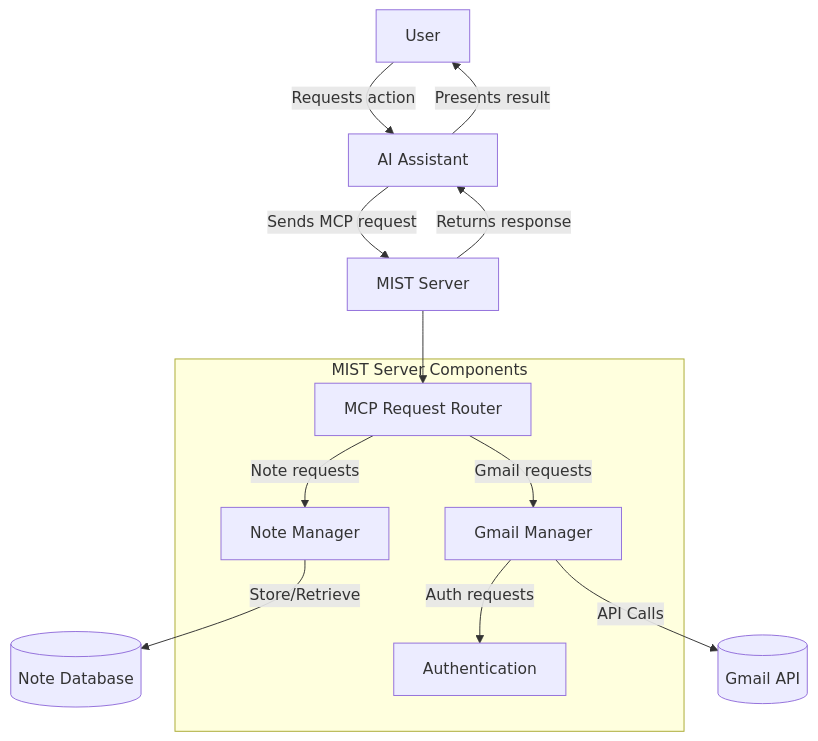
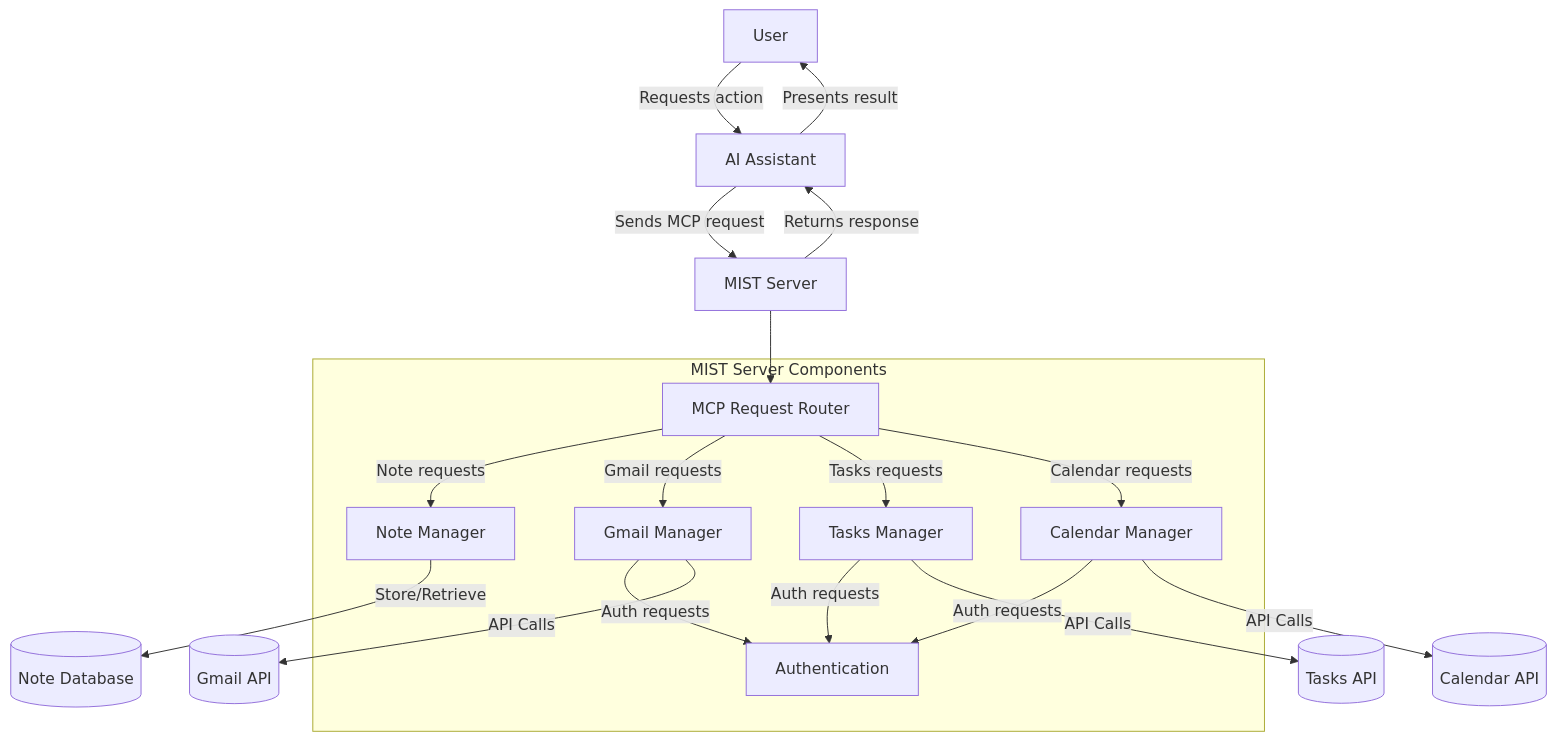
One commit to CLoaKY233/MIST changed the first of 5 diagrams in README.md. Above: the diagram before and after it, drawn with Mermaid. The commit also changed other lines of this file and 13 other files, not shown here.

````diff
--- a/README.md
+++ b/README.md
@@ -40,23 +57,31 @@
 ```mermaid
 flowchart TB
     User[User] -->|Requests action| AI[AI Assistant]
     AI -->|Sends MCP request| MIST[MIST Server]
 
     subgraph "MIST Server Components"
         Router[MCP Request Router]
         NoteMgr[Note Manager]
         GmailMgr[Gmail Manager]
+        TasksMgr[Tasks Manager]
+        CalendarMgr[Calendar Manager]
         Auth[Authentication]
     end
 
     MIST --> Router
     Router -->|Note requests| NoteMgr
     Router -->|Gmail requests| GmailMgr
+    Router -->|Tasks requests| TasksMgr
+    Router -->|Calendar requests| CalendarMgr
     GmailMgr -->|Auth requests| Auth
+    TasksMgr -->|Auth requests| Auth
+    CalendarMgr -->|Auth requests| Auth
 
     NoteMgr -->|Store/Retrieve| NoteDB[(Note Database)]
     GmailMgr -->|API Calls| Gmail[(Gmail API)]
+    TasksMgr -->|API Calls| Tasks[(Tasks API)]
+    CalendarMgr -->|API Calls| Calendar[(Calendar API)]
 
     MIST -->|Returns response| AI
     AI -->|Presents result| User
 ```
````
